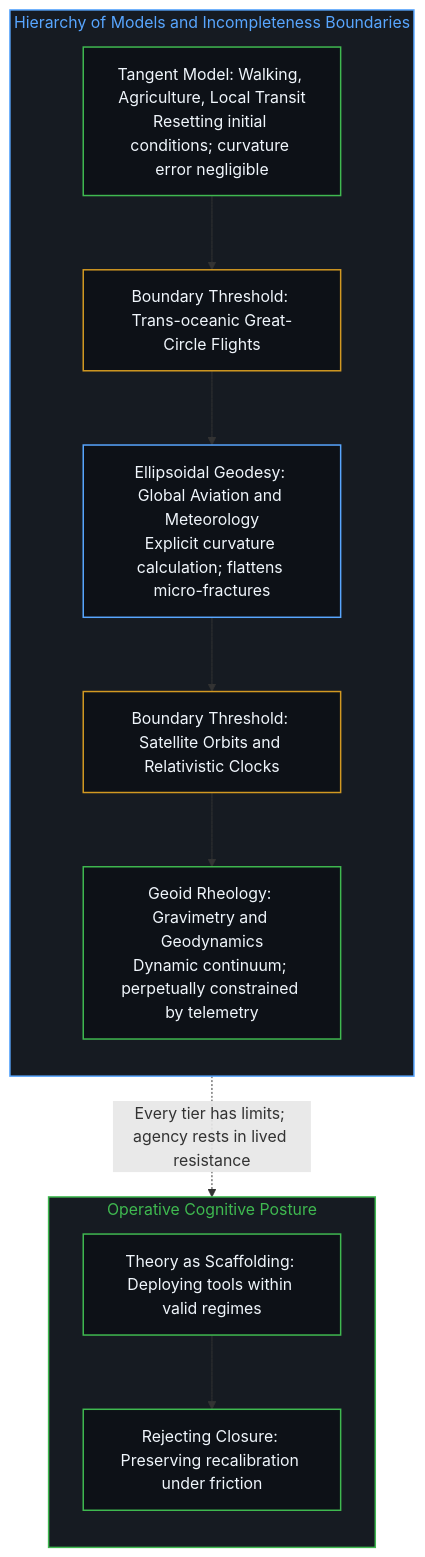
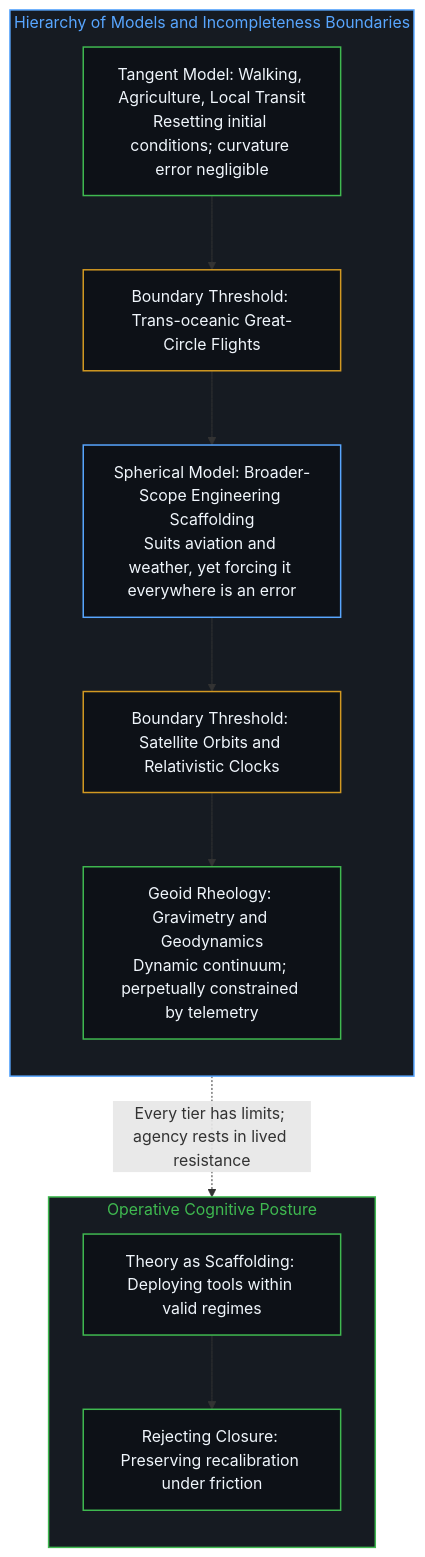
One commit to powerpig99/not-a-toe changed the fourth of 4 diagrams in content/posts/the-walking-tangent-and-the-stumbling-sphere.md. Above: the diagram before and after it, drawn with Mermaid. The commit also changed other lines of this file and 5 other files, not shown here.

Commit message:
Refine Post #379 & Index: deepen epistemological cut on model scope vs universal accuracy

````diff
--- a/content/posts/the-walking-tangent-and-the-stumbling-sphere.md
+++ b/content/posts/the-walking-tangent-and-the-stumbling-sphere.md
@@ -144,30 +144,30 @@
 ```mermaid
 flowchart TD
     classDef default fill:#0d1117,stroke:#30363d,stroke-width:1px,color:#f0f6fc;
     classDef mind fill:#0d1117,stroke:#3fb950,stroke-width:1.5px,color:#f0f6fc;
     classDef warn fill:#0d1117,stroke:#d29922,stroke-width:1.5px,color:#f0f6fc;
     classDef fail fill:#0d1117,stroke:#f85149,stroke-width:1.5px,color:#f0f6fc;
     classDef model fill:#0d1117,stroke:#58a6ff,stroke-width:1.5px,color:#f0f6fc;
 
     subgraph S_ScaleHierarchy ["Hierarchy of Models and Incompleteness Boundaries"]
         direction TB
         LevelTangent["Tangent Model: Walking, Agriculture, Local Transit<br/>Resetting initial conditions; curvature error negligible"]:::mind
         BoundaryA["Boundary Threshold: Trans-oceanic Great-Circle Flights"]:::warn
-        LevelSphere["Ellipsoidal Geodesy: Global Aviation and Meteorology<br/>Explicit curvature calculation; flattens micro-fractures"]:::model
+        LevelSphere["Spherical Model: Broader-Scope Engineering Scaffolding<br/>Suits aviation and weather, yet forcing it everywhere is an error"]:::model
         BoundaryB["Boundary Threshold: Satellite Orbits and Relativistic Clocks"]:::warn
         LevelGeoid["Geoid Rheology: Gravimetry and Geodynamics<br/>Dynamic continuum; perpetually constrained by telemetry"]:::mind
         LevelTangent --> BoundaryA --> LevelSphere --> BoundaryB --> LevelGeoid
     end
 
     subgraph S_CognitiveStance ["Operative Cognitive Posture"]
         direction TB
         InstrumentalScaffold["Theory as Scaffolding: Deploying tools within valid regimes"]:::mind
         PurgeDogmatism["Rejecting Closure: Preserving recalibration under friction"]:::mind
         InstrumentalScaffold --> PurgeDogmatism
     end
 
     S_ScaleHierarchy -.-> |Every tier has limits; agency rests in lived resistance| S_CognitiveStance
 
     style S_ScaleHierarchy fill:#161b22,stroke:#58a6ff,stroke-width:1.5px,color:#58a6ff
     style S_CognitiveStance fill:#161b22,stroke:#3fb950,stroke-width:1.5px,color:#3fb950
 ```
````
